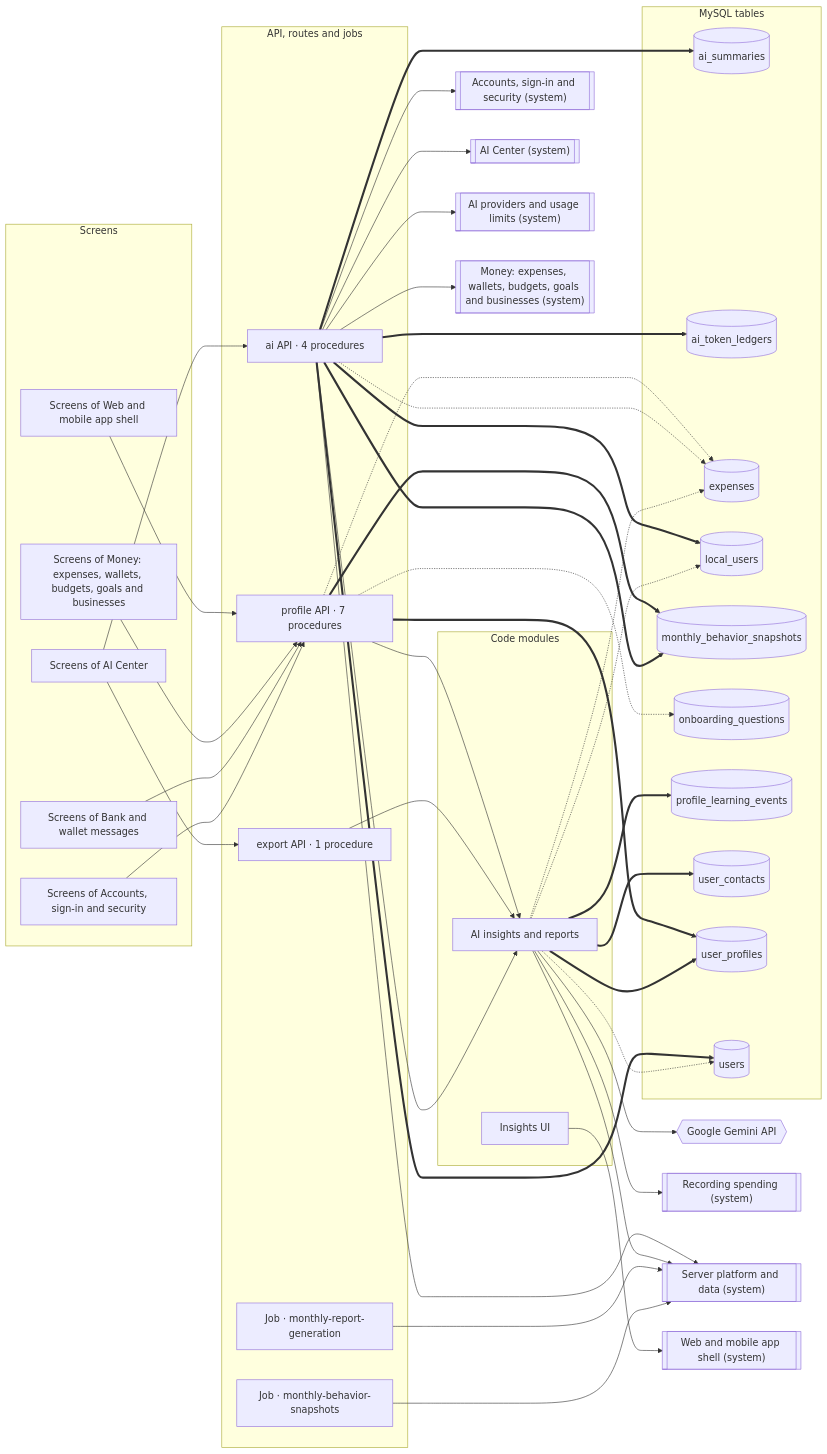
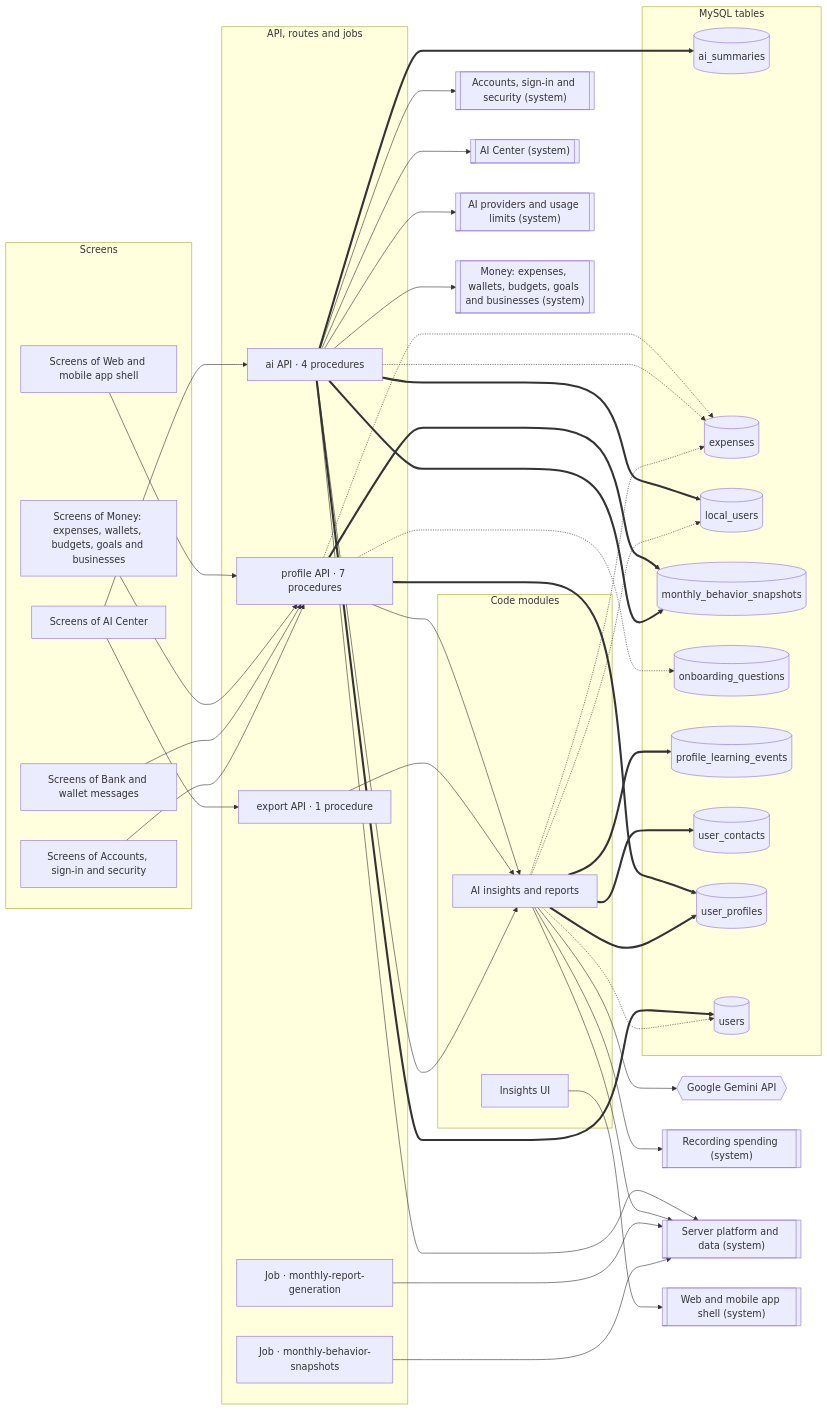
The diagram in docs/atlas/systems/insights.md (mahmoudtaherr111/smartspend_mini_all), drawn with Mermaid before and after one commit. The commit also changed other lines of this file and 56 other files, not shown here.

````diff
--- a/docs/atlas/systems/insights.md
+++ b/docs/atlas/systems/insights.md
@@ -13,77 +13,75 @@
 ```mermaid
 flowchart LR
   subgraph g_screens["Screens"]
     screens_accounts["Screens of Accounts, sign-in and security"]
     screens_ai_center["Screens of AI Center"]
     screens_bank_messages["Screens of Bank and wallet messages"]
     screens_money["Screens of Money: expenses, wallets, budgets, goals and businesses"]
     screens_web_app["Screens of Web and mobile app shell"]
   end
   subgraph g_api["API, routes and jobs"]
     job_monthly_behavior_snapshots["Job · monthly-behavior-snapshots"]
     job_monthly_report_generation["Job · monthly-report-generation"]
     router_ai["ai API · 4 procedures"]
     router_export["export API · 1 procedure"]
     router_profile["profile API · 7 procedures"]
   end
   subgraph g_modules["Code modules"]
     mod_ai_insights["AI insights and reports"]
     mod_web_insights["Insights UI"]
   end
   subgraph g_tables["MySQL tables"]
     tbl_ai_summaries[("ai_summaries")]
-    tbl_ai_token_ledgers[("ai_token_ledgers")]
     tbl_expenses[("expenses")]
     tbl_local_users[("local_users")]
     tbl_monthly_behavior_snapshots[("monthly_behavior_snapshots")]
     tbl_onboarding_questions[("onboarding_questions")]
     tbl_profile_learning_events[("profile_learning_events")]
     tbl_user_contacts[("user_contacts")]
     tbl_user_profiles[("user_profiles")]
     tbl_users[("users")]
   end
   ext_gemini{{"Google Gemini API"}}
   sys_accounts[["Accounts, sign-in and security (system)"]]
   sys_ai_center[["AI Center (system)"]]
   sys_ai_platform[["AI providers and usage limits (system)"]]
   sys_expense_capture[["Recording spending (system)"]]
   sys_money[["Money: expenses, wallets, budgets, goals and businesses (system)"]]
   sys_platform[["Server platform and data (system)"]]
   sys_web_app[["Web and mobile app shell (system)"]]
   job_monthly_behavior_snapshots --> sys_platform
   job_monthly_report_generation --> sys_platform
   mod_ai_insights --> ext_gemini
   mod_ai_insights --> sys_expense_capture
   mod_ai_insights --> sys_platform
   mod_ai_insights -.-> tbl_expenses
   mod_ai_insights -.-> tbl_local_users
   mod_ai_insights -.-> tbl_users
   mod_ai_insights ==> tbl_profile_learning_events
   mod_ai_insights ==> tbl_user_contacts
   mod_ai_insights ==> tbl_user_profiles
   mod_web_insights --> sys_web_app
   router_ai --> mod_ai_insights
   router_ai --> sys_accounts
   router_ai --> sys_ai_center
   router_ai --> sys_ai_platform
   router_ai --> sys_money
   router_ai --> sys_platform
   router_ai -.-> tbl_expenses
   router_ai ==> tbl_ai_summaries
-  router_ai ==> tbl_ai_token_ledgers
   router_ai ==> tbl_local_users
   router_ai ==> tbl_monthly_behavior_snapshots
   router_ai ==> tbl_users
   router_export --> mod_ai_insights
   router_profile --> mod_ai_insights
   router_profile -.-> tbl_expenses
   router_profile -.-> tbl_onboarding_questions
   router_profile ==> tbl_monthly_behavior_snapshots
   router_profile ==> tbl_user_profiles
   screens_accounts --> router_profile
   screens_ai_center --> router_ai
   screens_ai_center --> router_export
   screens_bank_messages --> router_profile
   screens_money --> router_profile
   screens_web_app --> router_profile
 ```
````
